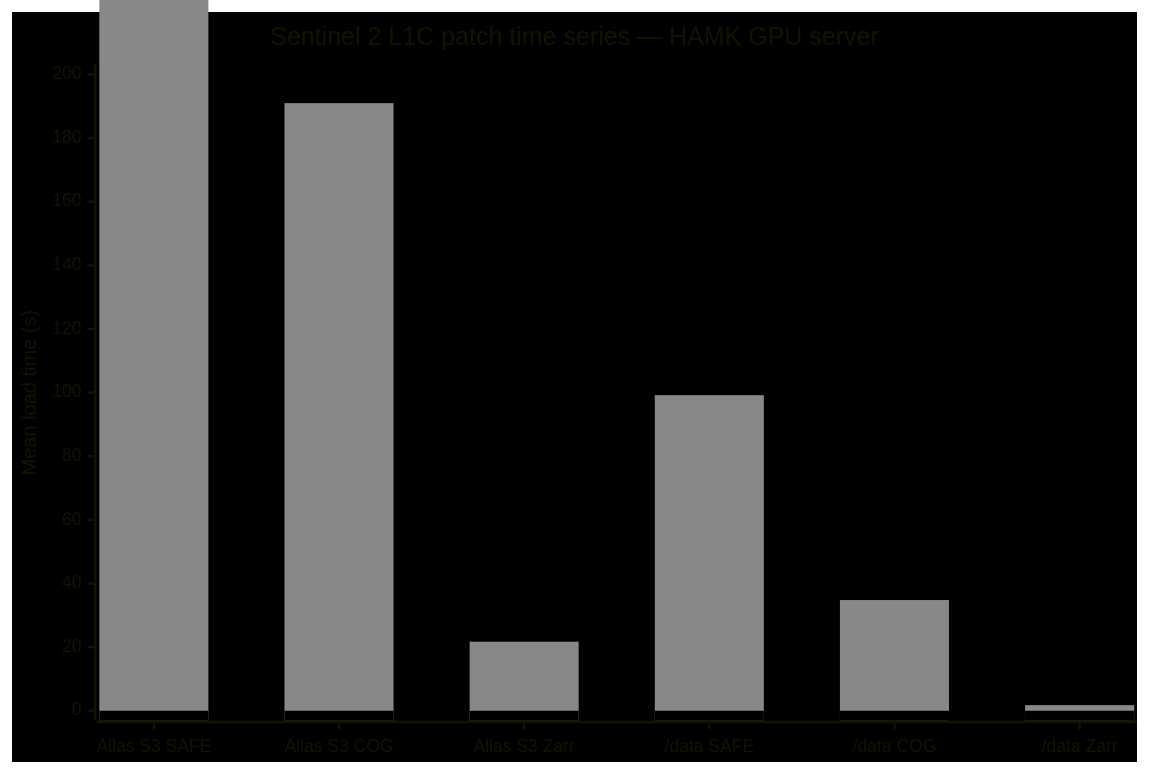
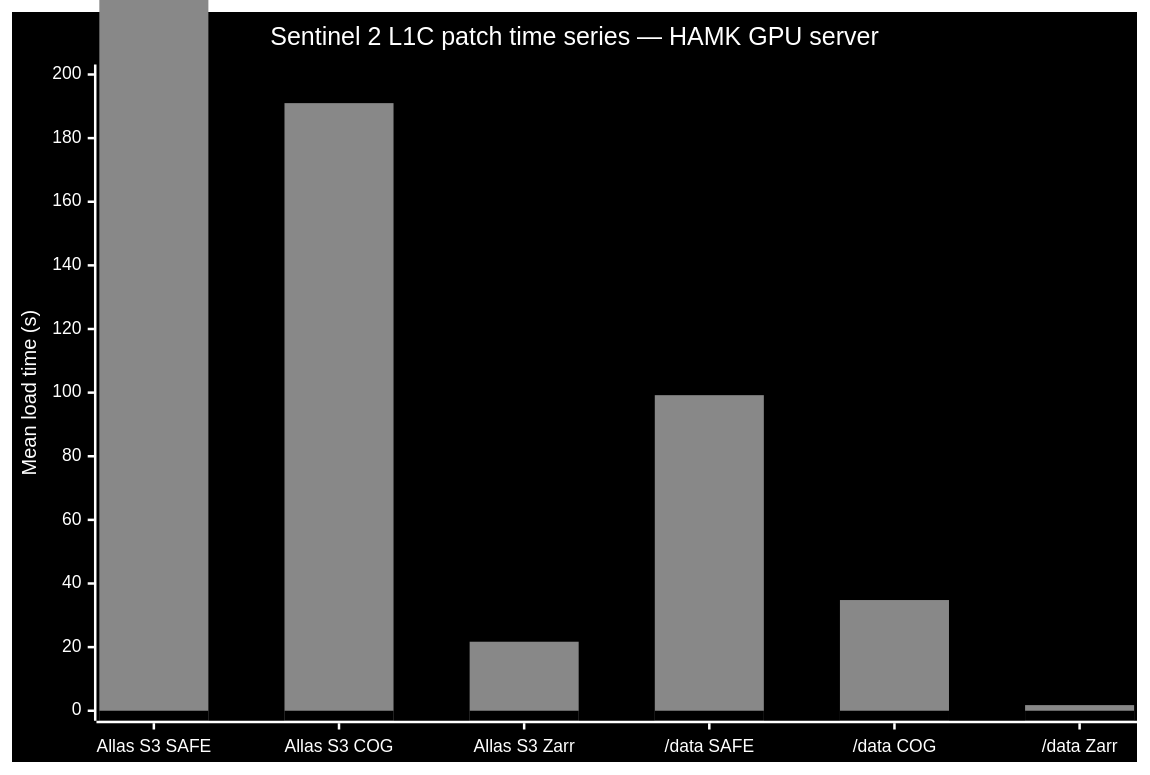
Before and after one commit to hamk-uas/datacube-storage-lab: the second of 3 diagrams in README.md, drawn with Mermaid.

Commit message:
chart colors

````diff
--- a/README.md
+++ b/README.md
@@ -33,19 +33,28 @@
 ```mermaid
 ---
 config:
     xyChart:
         width: 900
         height: 600
     themeVariables:
         xyChart:
             backgroundColor: "#000"
+            titleColor: "#fff"
+            xAxisLabelColor: "#fff"
+            xAxisTitleColor: "#fff"
+            xAxisTickColor: "#fff"
+            xAxisLineColor: "#fff"
+            yAxisLabelColor: "#fff"
+            yAxisTitleColor: "#fff"
+            yAxisTickColor: "#fff"
+            yAxisLineColor: "#fff"
             plotColorPalette: "#888, #000"
 ---
 xychart-beta
     title "Sentinel 2 L1C patch time series — HAMK GPU server"
     x-axis ["Allas S3 SAFE", "Allas S3 COG", "Allas S3 Zarr", "/data SAFE", "/data COG", "/data Zarr"]
     y-axis "Mean load time (s)" 0 --> 200
     bar [8302, 191, 21.7, 99.2, 34.8, 1.77]
     bar [0, 0, 0, 0, 0, 0]
     
 ```
````
